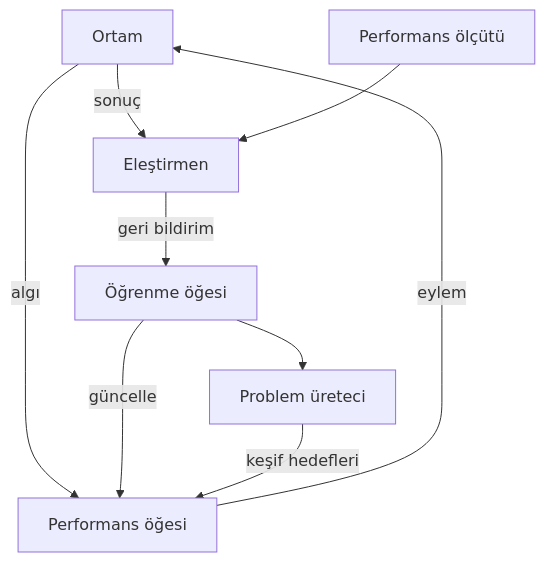
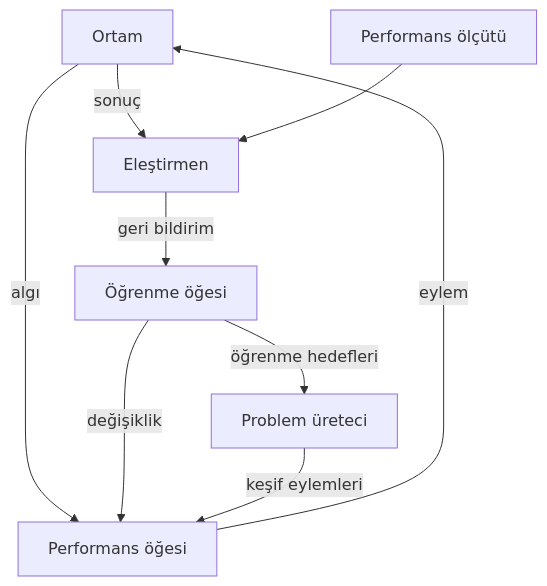
Before and after one commit to stranger-the-unknown/aima-egitim: the diagram in ch02-akilli-ajanlar/notlar.md, drawn with Mermaid. The commit also changed other lines of this file and 14 other files, not shown here.

````diff
--- a/ch02-akilli-ajanlar/notlar.md
+++ b/ch02-akilli-ajanlar/notlar.md
@@ -131,11 +186,11 @@
 ```mermaid
 flowchart TB
   Ortam -->|algı| PE[Performans öğesi]
   PE -->|eylem| Ortam
   Ortam -->|sonuç| EL[Eleştirmen]
   Skor[Performans ölçütü] --> EL
   EL -->|geri bildirim| OG[Öğrenme öğesi]
-  OG -->|güncelle| PE
-  OG --> PU[Problem üreteci]
-  PU -->|keşif hedefleri| PE
+  OG -->|değişiklik| PE
+  OG -->|öğrenme hedefleri| PU[Problem üreteci]
+  PU -->|keşif eylemleri| PE
 ```
````
